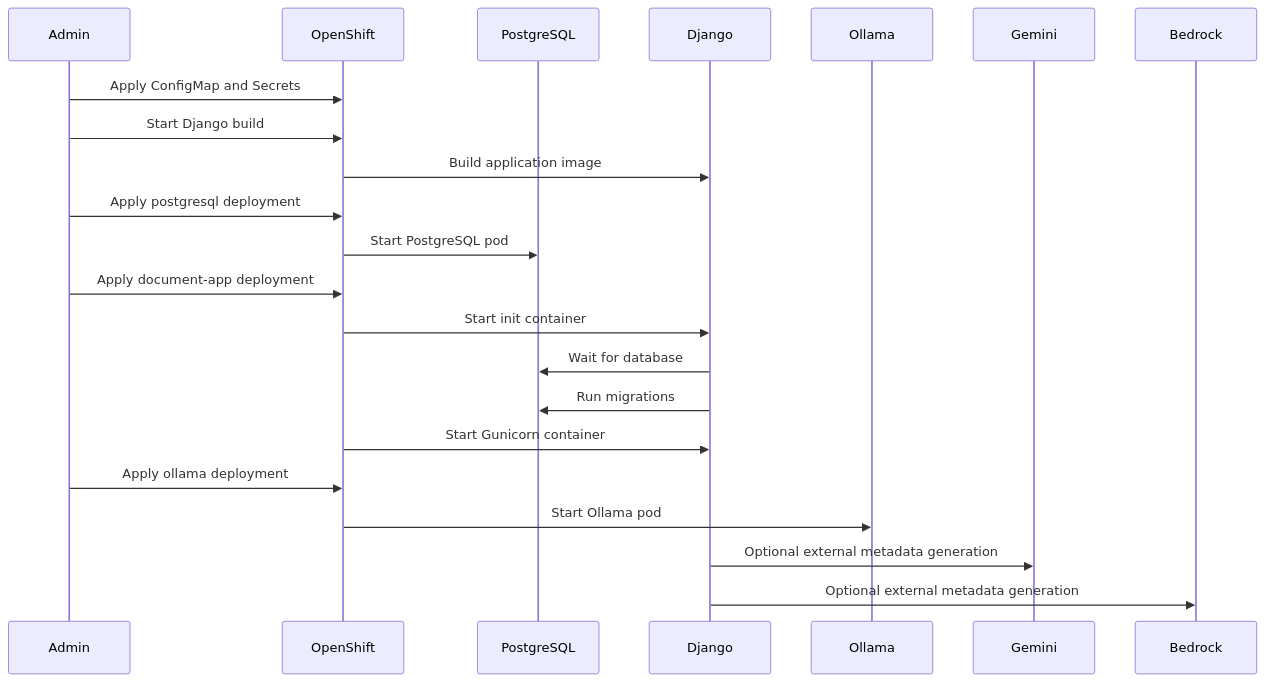
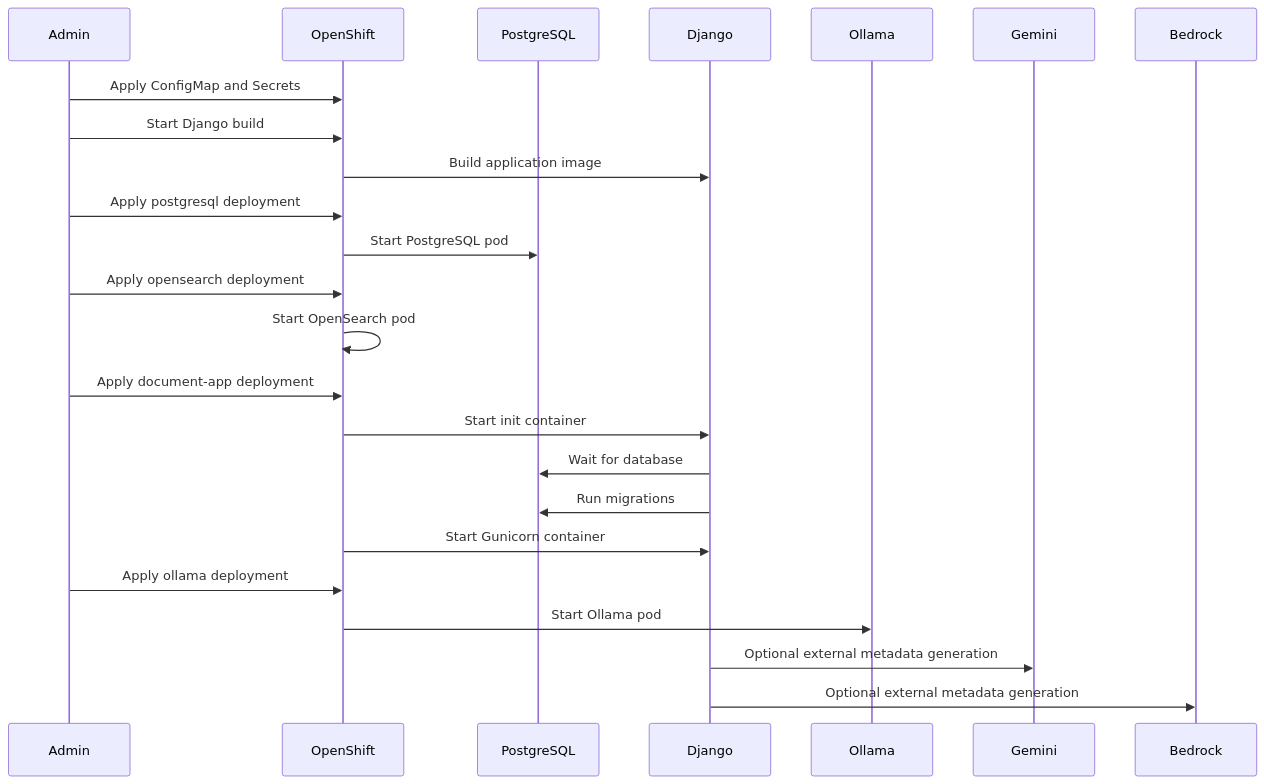
One commit to khaliqueaws-creator/document-management changed the second of 3 diagrams in docs/deployment.md. Above: the diagram before and after it, drawn with Mermaid. The commit also changed other lines of this file and 8 other files, not shown here.

Commit message:
Update docs for PostgreSQL and OpenSearch stack

````diff
--- a/docs/deployment.md
+++ b/docs/deployment.md
@@ -81,29 +85,32 @@
 ```mermaid
 sequenceDiagram
     participant Admin
     participant OpenShift
     participant PostgreSQL
     participant Django
     participant Ollama
     participant Gemini
     participant Bedrock
 
     Admin->>OpenShift: Apply ConfigMap and Secrets
     Admin->>OpenShift: Start Django build
     OpenShift->>Django: Build application image
 
     Admin->>OpenShift: Apply postgresql deployment
     OpenShift->>PostgreSQL: Start PostgreSQL pod
 
+    Admin->>OpenShift: Apply opensearch deployment
+    OpenShift->>OpenShift: Start OpenSearch pod
+
     Admin->>OpenShift: Apply document-app deployment
     OpenShift->>Django: Start init container
     Django->>PostgreSQL: Wait for database
     Django->>PostgreSQL: Run migrations
     OpenShift->>Django: Start Gunicorn container
 
     Admin->>OpenShift: Apply ollama deployment
     OpenShift->>Ollama: Start Ollama pod
 
     Django->>Gemini: Optional external metadata generation
     Django->>Bedrock: Optional external metadata generation
 ```
````
